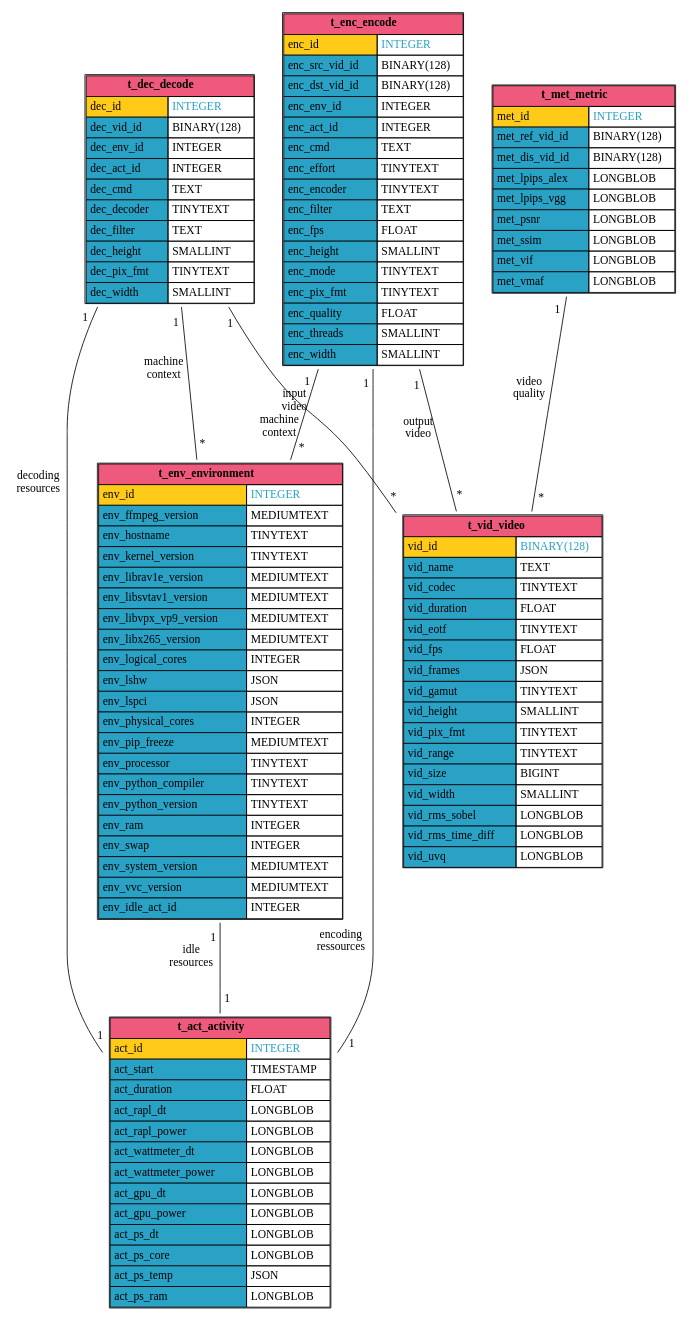
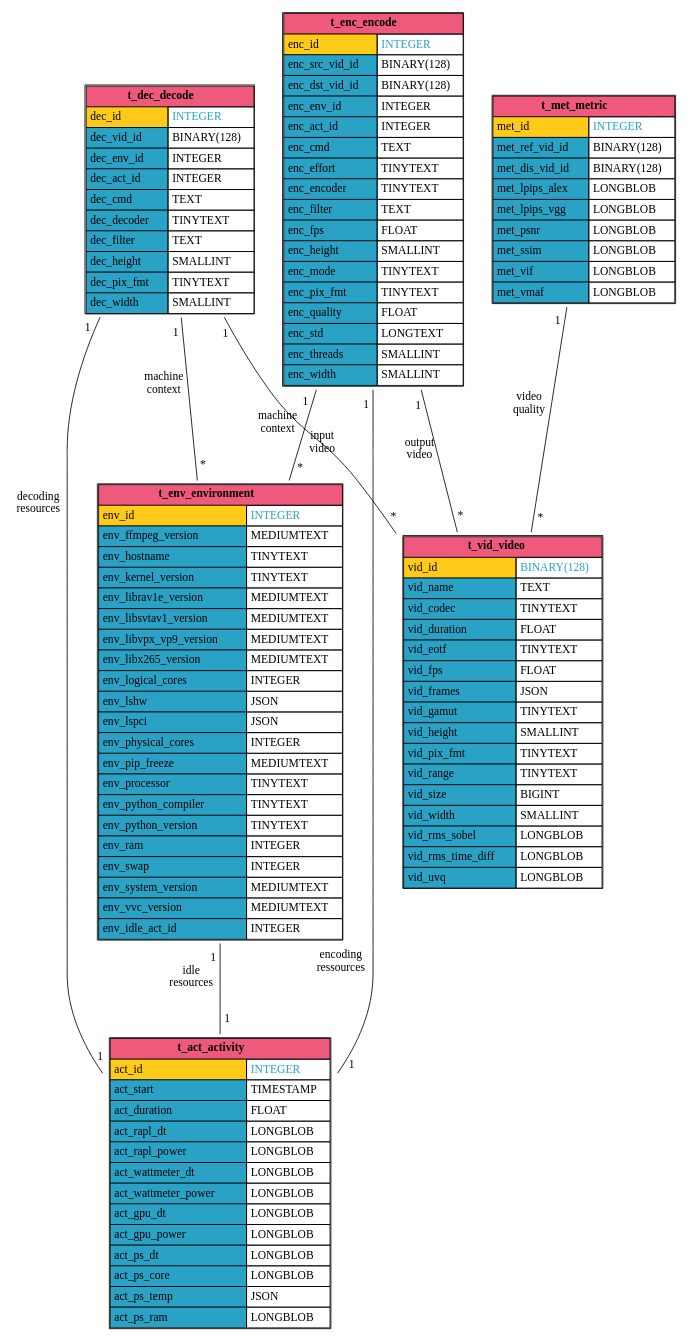
One commit to robinechuca/mendevi changed the diagram in docs/media/sql_database.dot. Above: the diagram before and after it, drawn with Graphviz. The commit also changed 4 other files, not shown here.

```diff
--- a/docs/media/sql_database.dot
+++ b/docs/media/sql_database.dot
@@ -1,139 +1,140 @@
 # dot -Tsvg sql_database.dot > sql_database.svg
 graph database {
   node [shape=plaintext]
   t_act_activity [
     label=<
       <TABLE BORDER="1" CELLBORDER="1" CELLSPACING="0" CELLPADDING="4">
         <TR><TD COLSPAN="2" BGCOLOR="#ef597b"><B>t_act_activity</B></TD></TR>
         <TR><TD ALIGN="LEFT" BGCOLOR="#ffcb18">act_id</TD><TD ALIGN="LEFT"><FONT COLOR="#29a2c6">INTEGER</FONT></TD></TR>
         <TR><TD ALIGN="LEFT" BGCOLOR="#29a2c6">act_start</TD><TD ALIGN="LEFT">TIMESTAMP</TD></TR>
         <TR><TD ALIGN="LEFT" BGCOLOR="#29a2c6">act_duration</TD><TD ALIGN="LEFT">FLOAT</TD></TR>
         <TR><TD ALIGN="LEFT" BGCOLOR="#29a2c6">act_rapl_dt</TD><TD ALIGN="LEFT">LONGBLOB</TD></TR>
         <TR><TD ALIGN="LEFT" BGCOLOR="#29a2c6">act_rapl_power</TD><TD ALIGN="LEFT">LONGBLOB</TD></TR>
         <TR><TD ALIGN="LEFT" BGCOLOR="#29a2c6">act_wattmeter_dt</TD><TD ALIGN="LEFT">LONGBLOB</TD></TR>
         <TR><TD ALIGN="LEFT" BGCOLOR="#29a2c6">act_wattmeter_power</TD><TD ALIGN="LEFT">LONGBLOB</TD></TR>
         <TR><TD ALIGN="LEFT" BGCOLOR="#29a2c6">act_gpu_dt</TD><TD ALIGN="LEFT">LONGBLOB</TD></TR>
         <TR><TD ALIGN="LEFT" BGCOLOR="#29a2c6">act_gpu_power</TD><TD ALIGN="LEFT">LONGBLOB</TD></TR>
         <TR><TD ALIGN="LEFT" BGCOLOR="#29a2c6">act_ps_dt</TD><TD ALIGN="LEFT">LONGBLOB</TD></TR>
         <TR><TD ALIGN="LEFT" BGCOLOR="#29a2c6">act_ps_core</TD><TD ALIGN="LEFT">LONGBLOB</TD></TR>
         <TR><TD ALIGN="LEFT" BGCOLOR="#29a2c6">act_ps_temp</TD><TD ALIGN="LEFT">JSON</TD></TR>
         <TR><TD ALIGN="LEFT" BGCOLOR="#29a2c6">act_ps_ram</TD><TD ALIGN="LEFT">LONGBLOB</TD></TR>
       </TABLE>
     >
   ];
   t_vid_video [
     label=<
       <TABLE BORDER="1" CELLBORDER="1" CELLSPACING="0" CELLPADDING="4">
         <TR><TD COLSPAN="2" BGCOLOR="#ef597b"><B>t_vid_video</B></TD></TR>
         <TR><TD ALIGN="LEFT" BGCOLOR="#ffcb18">vid_id</TD><TD ALIGN="LEFT"><FONT COLOR="#29a2c6">BINARY(128)</FONT></TD></TR>
         <TR><TD ALIGN="LEFT" BGCOLOR="#29a2c6">vid_name</TD><TD ALIGN="LEFT">TEXT</TD></TR>
         <TR><TD ALIGN="LEFT" BGCOLOR="#29a2c6">vid_codec</TD><TD ALIGN="LEFT">TINYTEXT</TD></TR>
         <TR><TD ALIGN="LEFT" BGCOLOR="#29a2c6">vid_duration</TD><TD ALIGN="LEFT">FLOAT</TD></TR>
         <TR><TD ALIGN="LEFT" BGCOLOR="#29a2c6">vid_eotf</TD><TD ALIGN="LEFT">TINYTEXT</TD></TR>
         <TR><TD ALIGN="LEFT" BGCOLOR="#29a2c6">vid_fps</TD><TD ALIGN="LEFT">FLOAT</TD></TR>
         <TR><TD ALIGN="LEFT" BGCOLOR="#29a2c6">vid_frames</TD><TD ALIGN="LEFT">JSON</TD></TR>
         <TR><TD ALIGN="LEFT" BGCOLOR="#29a2c6">vid_gamut</TD><TD ALIGN="LEFT">TINYTEXT</TD></TR>
         <TR><TD ALIGN="LEFT" BGCOLOR="#29a2c6">vid_height</TD><TD ALIGN="LEFT">SMALLINT</TD></TR>
         <TR><TD ALIGN="LEFT" BGCOLOR="#29a2c6">vid_pix_fmt</TD><TD ALIGN="LEFT">TINYTEXT</TD></TR>
         <TR><TD ALIGN="LEFT" BGCOLOR="#29a2c6">vid_range</TD><TD ALIGN="LEFT">TINYTEXT</TD></TR>
         <TR><TD ALIGN="LEFT" BGCOLOR="#29a2c6">vid_size</TD><TD ALIGN="LEFT">BIGINT</TD></TR>
         <TR><TD ALIGN="LEFT" BGCOLOR="#29a2c6">vid_width</TD><TD ALIGN="LEFT">SMALLINT</TD></TR>
         <TR><TD ALIGN="LEFT" BGCOLOR="#29a2c6">vid_rms_sobel</TD><TD ALIGN="LEFT">LONGBLOB</TD></TR>
         <TR><TD ALIGN="LEFT" BGCOLOR="#29a2c6">vid_rms_time_diff</TD><TD ALIGN="LEFT">LONGBLOB</TD></TR>
         <TR><TD ALIGN="LEFT" BGCOLOR="#29a2c6">vid_uvq</TD><TD ALIGN="LEFT">LONGBLOB</TD></TR>
       </TABLE>
     >
   ];
   t_met_metric [
     label=<
       <TABLE BORDER="1" CELLBORDER="1" CELLSPACING="0" CELLPADDING="4">
         <TR><TD COLSPAN="2" BGCOLOR="#ef597b"><B>t_met_metric</B></TD></TR>
         <TR><TD ALIGN="LEFT" BGCOLOR="#ffcb18">met_id</TD><TD ALIGN="LEFT"><FONT COLOR="#29a2c6">INTEGER</FONT></TD></TR>
         <TR><TD ALIGN="LEFT" BGCOLOR="#29a2c6">met_ref_vid_id</TD><TD ALIGN="LEFT">BINARY(128)</TD></TR>
         <TR><TD ALIGN="LEFT" BGCOLOR="#29a2c6">met_dis_vid_id</TD><TD ALIGN="LEFT">BINARY(128)</TD></TR>
         <TR><TD ALIGN="LEFT" BGCOLOR="#29a2c6">met_lpips_alex</TD><TD ALIGN="LEFT">LONGBLOB</TD></TR>
         <TR><TD ALIGN="LEFT" BGCOLOR="#29a2c6">met_lpips_vgg</TD><TD ALIGN="LEFT">LONGBLOB</TD></TR>
         <TR><TD ALIGN="LEFT" BGCOLOR="#29a2c6">met_psnr</TD><TD ALIGN="LEFT">LONGBLOB</TD></TR>
         <TR><TD ALIGN="LEFT" BGCOLOR="#29a2c6">met_ssim</TD><TD ALIGN="LEFT">LONGBLOB</TD></TR>
         <TR><TD ALIGN="LEFT" BGCOLOR="#29a2c6">met_vif</TD><TD ALIGN="LEFT">LONGBLOB</TD></TR>
         <TR><TD ALIGN="LEFT" BGCOLOR="#29a2c6">met_vmaf</TD><TD ALIGN="LEFT">LONGBLOB</TD></TR>
       </TABLE>
     >
   ];
   t_env_environment [
     label=<
       <TABLE BORDER="1" CELLBORDER="1" CELLSPACING="0" CELLPADDING="4">
         <TR><TD COLSPAN="2" BGCOLOR="#ef597b"><B>t_env_environment</B></TD></TR>
         <TR><TD ALIGN="LEFT" BGCOLOR="#ffcb18">env_id</TD><TD ALIGN="LEFT"><FONT COLOR="#29a2c6">INTEGER</FONT></TD></TR>
         <TR><TD ALIGN="LEFT" BGCOLOR="#29a2c6">env_ffmpeg_version</TD><TD ALIGN="LEFT">MEDIUMTEXT</TD></TR>
         <TR><TD ALIGN="LEFT" BGCOLOR="#29a2c6">env_hostname</TD><TD ALIGN="LEFT">TINYTEXT</TD></TR>
         <TR><TD ALIGN="LEFT" BGCOLOR="#29a2c6">env_kernel_version</TD><TD ALIGN="LEFT">TINYTEXT</TD></TR>
         <TR><TD ALIGN="LEFT" BGCOLOR="#29a2c6">env_librav1e_version</TD><TD ALIGN="LEFT">MEDIUMTEXT</TD></TR>
         <TR><TD ALIGN="LEFT" BGCOLOR="#29a2c6">env_libsvtav1_version</TD><TD ALIGN="LEFT">MEDIUMTEXT</TD></TR>
         <TR><TD ALIGN="LEFT" BGCOLOR="#29a2c6">env_libvpx_vp9_version</TD><TD ALIGN="LEFT">MEDIUMTEXT</TD></TR>
         <TR><TD ALIGN="LEFT" BGCOLOR="#29a2c6">env_libx265_version</TD><TD ALIGN="LEFT">MEDIUMTEXT</TD></TR>
         <TR><TD ALIGN="LEFT" BGCOLOR="#29a2c6">env_logical_cores</TD><TD ALIGN="LEFT">INTEGER</TD></TR>
         <TR><TD ALIGN="LEFT" BGCOLOR="#29a2c6">env_lshw</TD><TD ALIGN="LEFT">JSON</TD></TR>
         <TR><TD ALIGN="LEFT" BGCOLOR="#29a2c6">env_lspci</TD><TD ALIGN="LEFT">JSON</TD></TR>
         <TR><TD ALIGN="LEFT" BGCOLOR="#29a2c6">env_physical_cores</TD><TD ALIGN="LEFT">INTEGER</TD></TR>
         <TR><TD ALIGN="LEFT" BGCOLOR="#29a2c6">env_pip_freeze</TD><TD ALIGN="LEFT">MEDIUMTEXT</TD></TR>
         <TR><TD ALIGN="LEFT" BGCOLOR="#29a2c6">env_processor</TD><TD ALIGN="LEFT">TINYTEXT</TD></TR>
         <TR><TD ALIGN="LEFT" BGCOLOR="#29a2c6">env_python_compiler</TD><TD ALIGN="LEFT">TINYTEXT</TD></TR>
         <TR><TD ALIGN="LEFT" BGCOLOR="#29a2c6">env_python_version</TD><TD ALIGN="LEFT">TINYTEXT</TD></TR>
         <TR><TD ALIGN="LEFT" BGCOLOR="#29a2c6">env_ram</TD><TD ALIGN="LEFT">INTEGER</TD></TR>
         <TR><TD ALIGN="LEFT" BGCOLOR="#29a2c6">env_swap</TD><TD ALIGN="LEFT">INTEGER</TD></TR>
         <TR><TD ALIGN="LEFT" BGCOLOR="#29a2c6">env_system_version</TD><TD ALIGN="LEFT">MEDIUMTEXT</TD></TR>
         <TR><TD ALIGN="LEFT" BGCOLOR="#29a2c6">env_vvc_version</TD><TD ALIGN="LEFT">MEDIUMTEXT</TD></TR>
         <TR><TD ALIGN="LEFT" BGCOLOR="#29a2c6">env_idle_act_id</TD><TD ALIGN="LEFT">INTEGER</TD></TR>
       </TABLE>
     >
   ];
   t_dec_decode [
     label=<
       <TABLE BORDER="1" CELLBORDER="1" CELLSPACING="0" CELLPADDING="4">
         <TR><TD COLSPAN="2" BGCOLOR="#ef597b"><B>t_dec_decode</B></TD></TR>
         <TR><TD ALIGN="LEFT" BGCOLOR="#ffcb18">dec_id</TD><TD ALIGN="LEFT"><FONT COLOR="#29a2c6">INTEGER</FONT></TD></TR>
         <TR><TD ALIGN="LEFT" BGCOLOR="#29a2c6">dec_vid_id</TD><TD ALIGN="LEFT">BINARY(128)</TD></TR>
         <TR><TD ALIGN="LEFT" BGCOLOR="#29a2c6">dec_env_id</TD><TD ALIGN="LEFT">INTEGER</TD></TR>
         <TR><TD ALIGN="LEFT" BGCOLOR="#29a2c6">dec_act_id</TD><TD ALIGN="LEFT">INTEGER</TD></TR>
         <TR><TD ALIGN="LEFT" BGCOLOR="#29a2c6">dec_cmd</TD><TD ALIGN="LEFT">TEXT</TD></TR>
         <TR><TD ALIGN="LEFT" BGCOLOR="#29a2c6">dec_decoder</TD><TD ALIGN="LEFT">TINYTEXT</TD></TR>
         <TR><TD ALIGN="LEFT" BGCOLOR="#29a2c6">dec_filter</TD><TD ALIGN="LEFT">TEXT</TD></TR>
         <TR><TD ALIGN="LEFT" BGCOLOR="#29a2c6">dec_height</TD><TD ALIGN="LEFT">SMALLINT</TD></TR>
         <TR><TD ALIGN="LEFT" BGCOLOR="#29a2c6">dec_pix_fmt</TD><TD ALIGN="LEFT">TINYTEXT</TD></TR>
         <TR><TD ALIGN="LEFT" BGCOLOR="#29a2c6">dec_width</TD><TD ALIGN="LEFT">SMALLINT</TD></TR>
       </TABLE>
     >
   ];
   t_enc_encode [
     label=<
       <TABLE BORDER="1" CELLBORDER="1" CELLSPACING="0" CELLPADDING="4">
         <TR><TD COLSPAN="2" BGCOLOR="#ef597b"><B>t_enc_encode</B></TD></TR>
         <TR><TD ALIGN="LEFT" BGCOLOR="#ffcb18">enc_id</TD><TD ALIGN="LEFT"><FONT COLOR="#29a2c6">INTEGER</FONT></TD></TR>
         <TR><TD ALIGN="LEFT" BGCOLOR="#29a2c6">enc_src_vid_id</TD><TD ALIGN="LEFT">BINARY(128)</TD></TR>
         <TR><TD ALIGN="LEFT" BGCOLOR="#29a2c6">enc_dst_vid_id</TD><TD ALIGN="LEFT">BINARY(128)</TD></TR>
         <TR><TD ALIGN="LEFT" BGCOLOR="#29a2c6">enc_env_id</TD><TD ALIGN="LEFT">INTEGER</TD></TR>
         <TR><TD ALIGN="LEFT" BGCOLOR="#29a2c6">enc_act_id</TD><TD ALIGN="LEFT">INTEGER</TD></TR>
         <TR><TD ALIGN="LEFT" BGCOLOR="#29a2c6">enc_cmd</TD><TD ALIGN="LEFT">TEXT</TD></TR>
         <TR><TD ALIGN="LEFT" BGCOLOR="#29a2c6">enc_effort</TD><TD ALIGN="LEFT">TINYTEXT</TD></TR>
         <TR><TD ALIGN="LEFT" BGCOLOR="#29a2c6">enc_encoder</TD><TD ALIGN="LEFT">TINYTEXT</TD></TR>
         <TR><TD ALIGN="LEFT" BGCOLOR="#29a2c6">enc_filter</TD><TD ALIGN="LEFT">TEXT</TD></TR>
         <TR><TD ALIGN="LEFT" BGCOLOR="#29a2c6">enc_fps</TD><TD ALIGN="LEFT">FLOAT</TD></TR>
         <TR><TD ALIGN="LEFT" BGCOLOR="#29a2c6">enc_height</TD><TD ALIGN="LEFT">SMALLINT</TD></TR>
         <TR><TD ALIGN="LEFT" BGCOLOR="#29a2c6">enc_mode</TD><TD ALIGN="LEFT">TINYTEXT</TD></TR>
         <TR><TD ALIGN="LEFT" BGCOLOR="#29a2c6">enc_pix_fmt</TD><TD ALIGN="LEFT">TINYTEXT</TD></TR>
         <TR><TD ALIGN="LEFT" BGCOLOR="#29a2c6">enc_quality</TD><TD ALIGN="LEFT">FLOAT</TD></TR>
+        <TR><TD ALIGN="LEFT" BGCOLOR="#29a2c6">enc_std</TD><TD ALIGN="LEFT">LONGTEXT</TD></TR>
         <TR><TD ALIGN="LEFT" BGCOLOR="#29a2c6">enc_threads</TD><TD ALIGN="LEFT">SMALLINT</TD></TR>
         <TR><TD ALIGN="LEFT" BGCOLOR="#29a2c6">enc_width</TD><TD ALIGN="LEFT">SMALLINT</TD></TR>
       </TABLE>
     >
   ];
   t_enc_encode -- t_act_activity [minlen=3, taillabel="1", headlabel="1", xlabel="encoding\nressources", labeldistance=2.0]
   t_enc_encode -- t_env_environment [minlen=3, taillabel="1", headlabel="*", xlabel="machine\ncontext", labeldistance=2.0]
   t_enc_encode -- t_vid_video [minlen=3, taillabel="1", headlabel="*", xlabel="output\nvideo", labeldistance=2.0]
   t_met_metric -- t_vid_video [minlen=3, taillabel="1", headlabel="*", xlabel="video\nquality", labeldistance=2.0]
   t_dec_decode -- t_act_activity [minlen=3, taillabel="1", headlabel="1", xlabel="decoding\nresources", labeldistance=2.0]
   t_dec_decode -- t_env_environment [minlen=3, taillabel="1", headlabel="*", xlabel="machine\ncontext", labeldistance=2.0]
   t_dec_decode -- t_vid_video [minlen=3, taillabel="1", headlabel="*", xlabel="input\nvideo", labeldistance=2.0]
   t_env_environment -- t_act_activity [minlen=3, taillabel="1", headlabel="1", xlabel="idle\nresources", labeldistance=2.0]
 }
```
